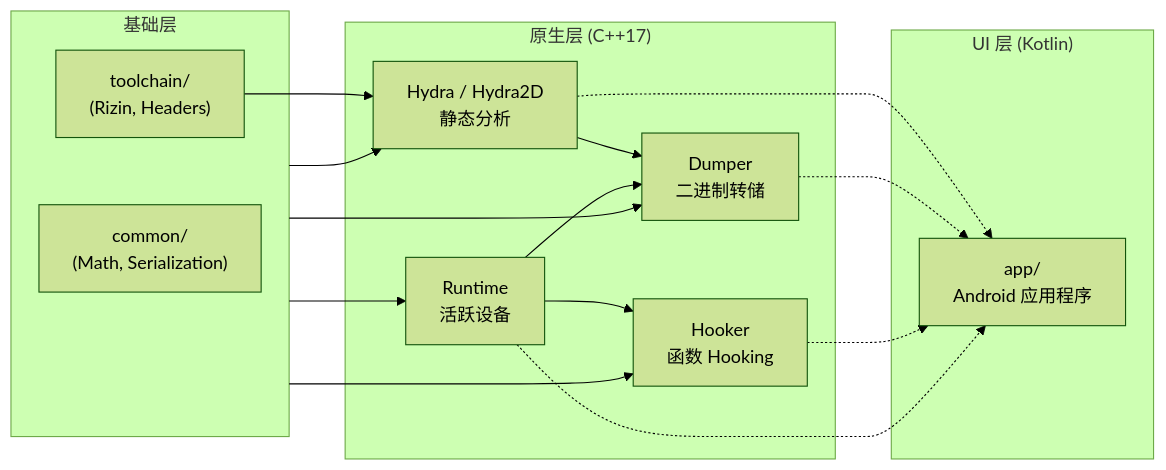
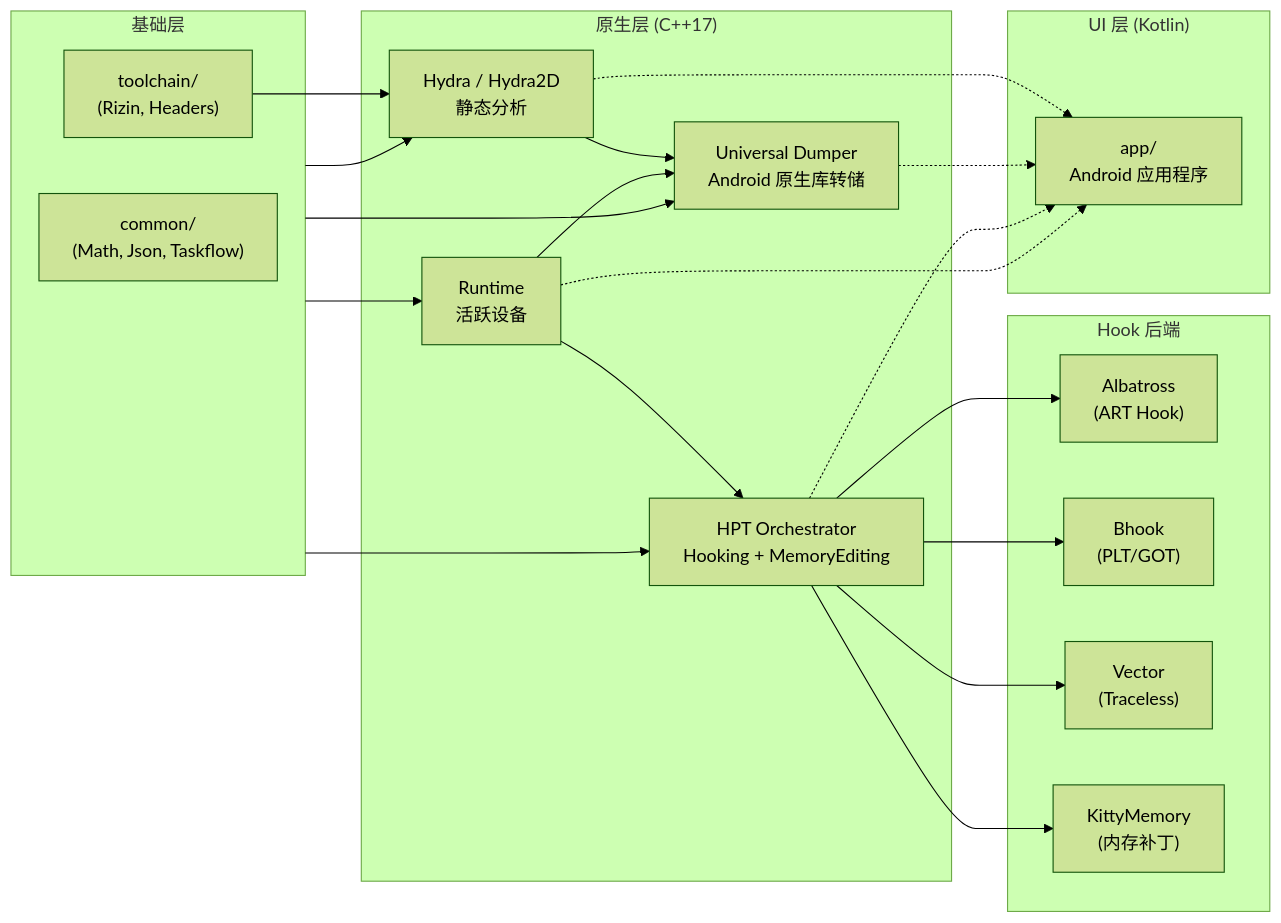
Before and after one commit to CicakDroid/OmniByte: the second of 2 diagrams in README_ZH.md, drawn with Mermaid (forest theme). The commit also changed other lines of this file and 5 other files, not shown here.

First line of the commit message:
docs: refresh all README diagrams & add build script

````diff
--- a/README_ZH.md
+++ b/README_ZH.md
@@ -225,33 +247,44 @@
 ```mermaid
 flowchart LR
     subgraph CORE["基础层"]
-        COMMON["common/\n(Math, Serialization)"]
+        COMMON["common/\n(Math, Json, Taskflow)"]
         TOOLCHAIN["toolchain/\n(Rizin, Headers)"]
     end
 
     subgraph NATIVE["原生层 (C++17)"]
         HYDRA["Hydra / Hydra2D\n静态分析"]
-        DUMPER["Dumper\n二进制转储"]
-        HOOKER["Hooker\n函数 Hooking"]
+        DUMPER["Universal Dumper\nAndroid 原生库转储"]
+        HPT["HPT Orchestrator\nHooking + MemoryEditing"]
         RUNTIME["Runtime\n活跃设备"]
+    end
+
+    subgraph HOOKS["Hook 后端"]
+        HK_ART["Albatross\n(ART Hook)"]
+        HK_BHK["Bhook\n(PLT/GOT)"]
+        HK_VEC["Vector\n(Traceless)"]
+        HK_KIT["KittyMemory\n(内存补丁)"]
     end
 
     subgraph UI["UI 层 (Kotlin)"]
         APP["app/\nAndroid 应用程序"]
     end
 
     CORE --> HYDRA
     CORE --> DUMPER
-    CORE --> HOOKER
+    CORE --> HPT
     CORE --> RUNTIME
     TOOLCHAIN --> HYDRA
 
     HYDRA --> DUMPER
     RUNTIME --> DUMPER
-    RUNTIME --> HOOKER
+    RUNTIME --> HPT
+    HPT --> HK_ART
+    HPT --> HK_BHK
+    HPT --> HK_VEC
+    HPT --> HK_KIT
 
     HYDRA -.-> APP
     DUMPER -.-> APP
-    HOOKER -.-> APP
+    HPT -.-> APP
     RUNTIME -.-> APP
 ```
````
